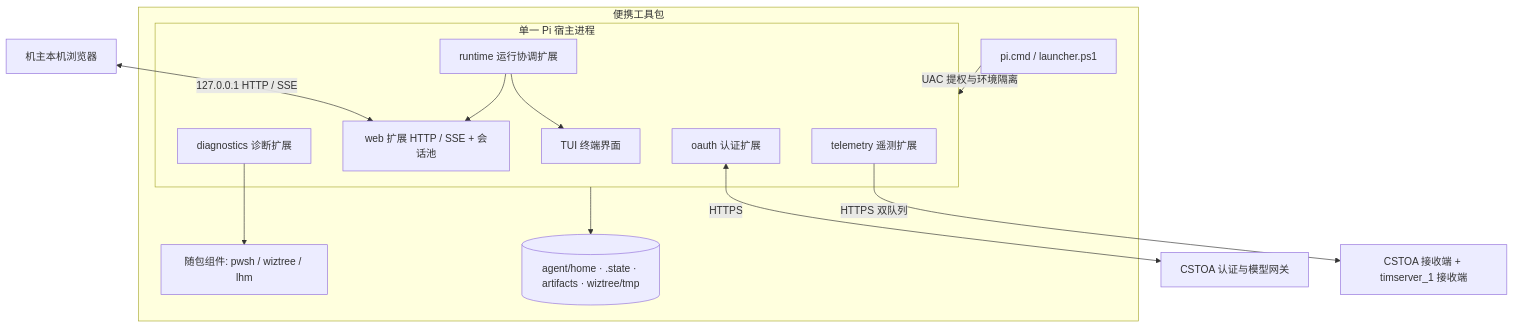
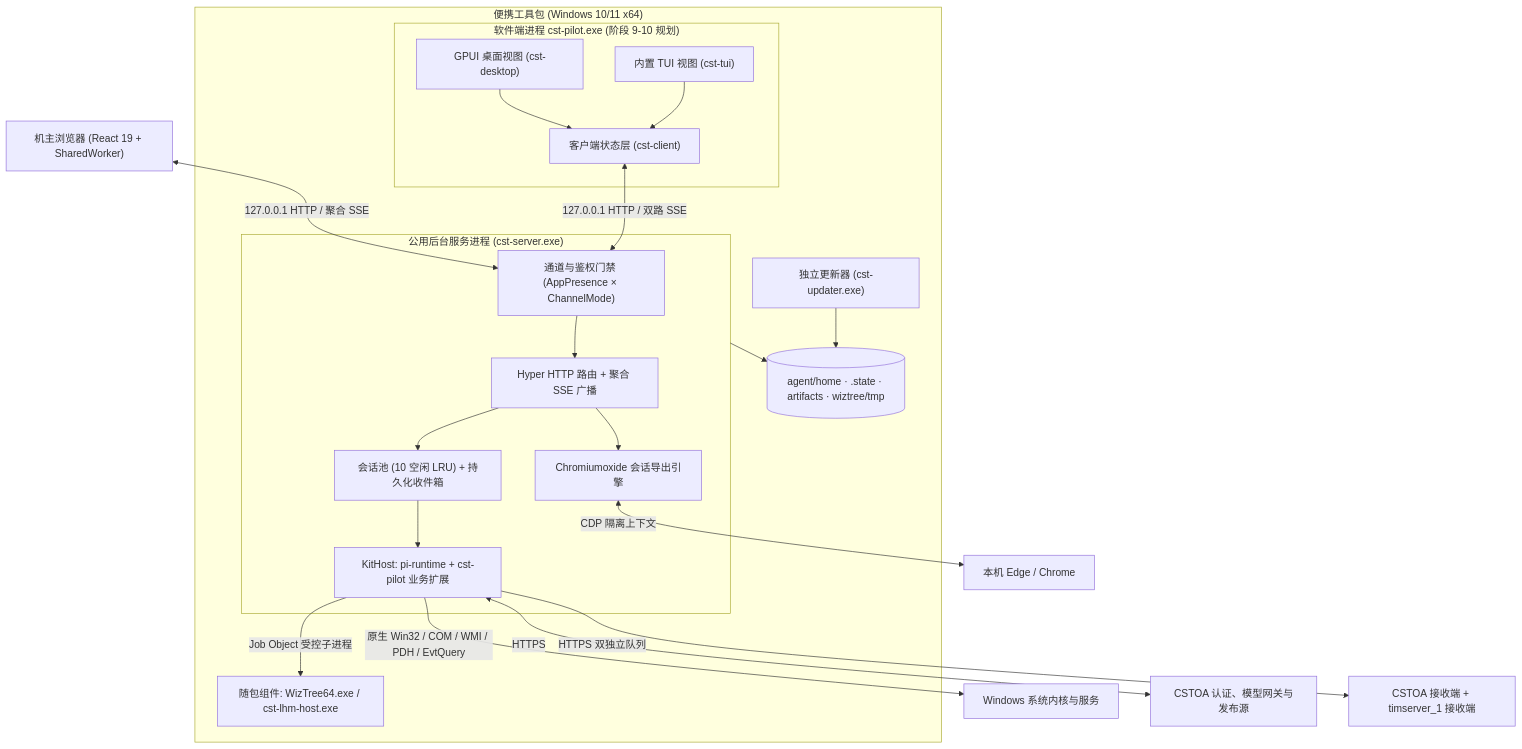
Before and after one commit to SCAU-Computer-Serving-Team/cst-pilot: the diagram in doc/ARCHITECTURE.md, drawn with Mermaid. The commit also changed other lines of this file and 46 other files, not shown here.

````diff
--- a/doc/ARCHITECTURE.md
+++ b/doc/ARCHITECTURE.md
@@ -7,24 +7,34 @@
 ```mermaid
 flowchart TB
-    subgraph Kit[便携工具包]
-        Launcher[pi.cmd / launcher.ps1]
-        subgraph Host[单一 Pi 宿主进程]
-            TUI[TUI 终端界面]
-            RuntimeExt[runtime 运行协调扩展]
-            WebExt[web 扩展 HTTP / SSE + 会话池]
-            DiagExt[diagnostics 诊断扩展]
-            OAuthExt[oauth 认证扩展]
-            TeleExt[telemetry 遥测扩展]
+    subgraph Kit["便携工具包 (Windows 10/11 x64)"]
+        subgraph AppProc["软件端进程 cst-pilot.exe (阶段 9-10 规划)"]
+            Desktop["GPUI 桌面视图 (cst-desktop)"]
+            TUI["内置 TUI 视图 (cst-tui)"]
+            Client["客户端状态层 (cst-client)"]
+            Desktop & TUI --> Client
         end
-        Bin[随包组件: pwsh / wiztree / lhm]
-        State[(agent/home · .state · artifacts · wiztree/tmp)]
+
+        subgraph ServerProc["公用后台服务进程 (cst-server.exe)"]
+            Gate["通道与鉴权门禁 (AppPresence × ChannelMode)"]
+            Routes["Hyper HTTP 路由 + 聚合 SSE 广播"]
+            Pool["会话池 (10 空闲 LRU) + 持久化收件箱"]
+            Core["KitHost: pi-runtime + cst-pilot 业务扩展"]
+            Export["Chromiumoxide 会话导出引擎"]
+            Gate --> Routes --> Pool & Export
+            Pool --> Core
+        end
+
+        Updater["独立更新器 (cst-updater.exe)"]
+        Bin["随包组件: WizTree64.exe / cst-lhm-host.exe"]
+        State[("agent/home · .state · artifacts · wiztree/tmp")]
     end
-    Browser[机主本机浏览器] <-->|127.0.0.1 HTTP / SSE| WebExt
-    Launcher -->|UAC 提权与环境隔离| Host
-    RuntimeExt --> TUI
-    RuntimeExt --> WebExt
-    DiagExt --> Bin
-    Host --> State
-    OAuthExt <-->|HTTPS| CSTOA[CSTOA 认证与模型网关]
-    TeleExt -->|HTTPS 双队列| Receivers[CSTOA 接收端 + timserver_1 接收端]
+
+    Browser["机主浏览器 (React 19 + SharedWorker)"] <-->|"127.0.0.1 HTTP / 聚合 SSE"| Gate
+    Client <-->|"127.0.0.1 HTTP / 双路 SSE"| Gate
+    Core -->|"原生 Win32 / COM / WMI / PDH / EvtQuery"| WinOS["Windows 系统内核与服务"]
+    Core -->|"Job Object 受控子进程"| Bin
+    Export <-->|"CDP 隔离上下文"| Edge["本机 Edge / Chrome"]
+    ServerProc & Updater --> State
+    Core <-->|"HTTPS"| CSTOA["CSTOA 认证、模型网关与发布源"]
+    Core -->|"HTTPS 双独立队列"| Receivers["CSTOA 接收端 + timserver_1 接收端"]
 ```
````
